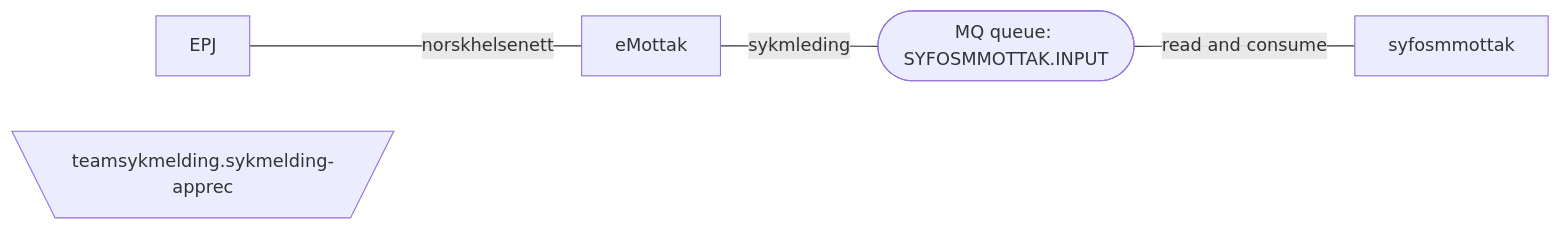
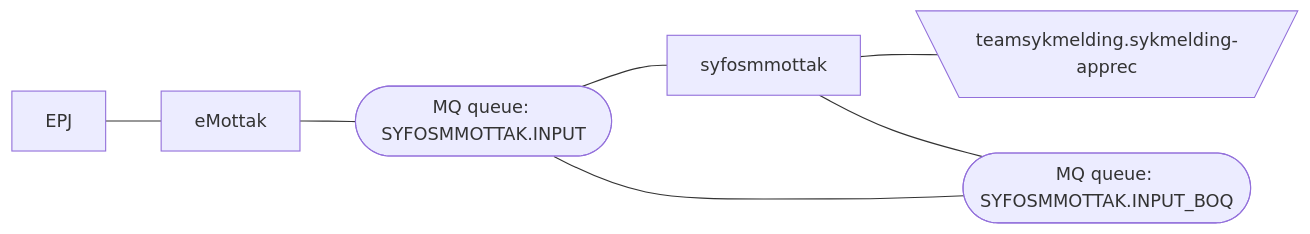
The diagram in README.md (navikt/syfosmmottak), drawn with Mermaid before and after one commit. The commit also changed other lines of this file, not shown here.

Commit message:
Improved description of flow

````diff
--- a/README.md
+++ b/README.md
@@ -20,10 +20,11 @@
 ```mermaid
   graph LR;
         
-      EPJ -- norskhelsenett ---eMottak;
-      eMottak -- sykmleding --- id1([SYFOSMMOTTAK.INPUT]);
-      id1([MQ queue: SYFOSMMOTTAK.INPUT]) -- read and consume --- syfosmmottak;
-       B[\teamsykmelding.sykmelding-apprec/]
-  
+      EPJ---eMottak;
+      eMottak --- id1([SYFOSMMOTTAK.INPUT]);
+      id1([MQ queue: SYFOSMMOTTAK.INPUT]) --- syfosmmottak;
+      syfosmmottak ---  B[\teamsykmelding.sykmelding-apprec/];
+      syfosmmottak ---  id2([MQ queue: SYFOSMMOTTAK.INPUT_BOQ]);
+      id2([MQ queue: SYFOSMMOTTAK.INPUT_BOQ]) ---  id1([MQ queue: SYFOSMMOTTAK.INPUT]);
  
 ```
````
